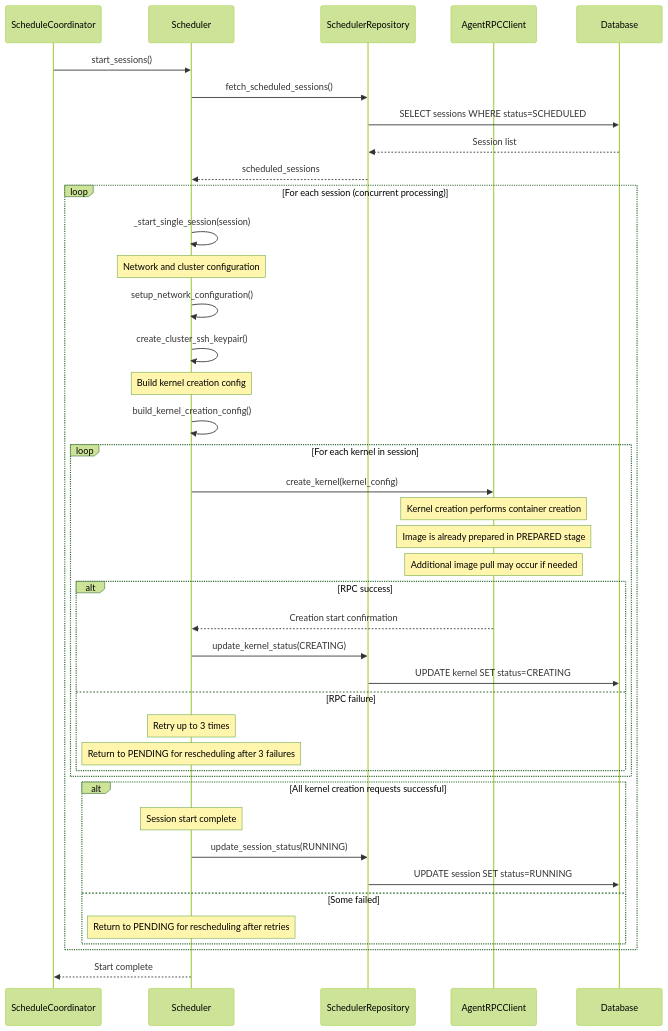
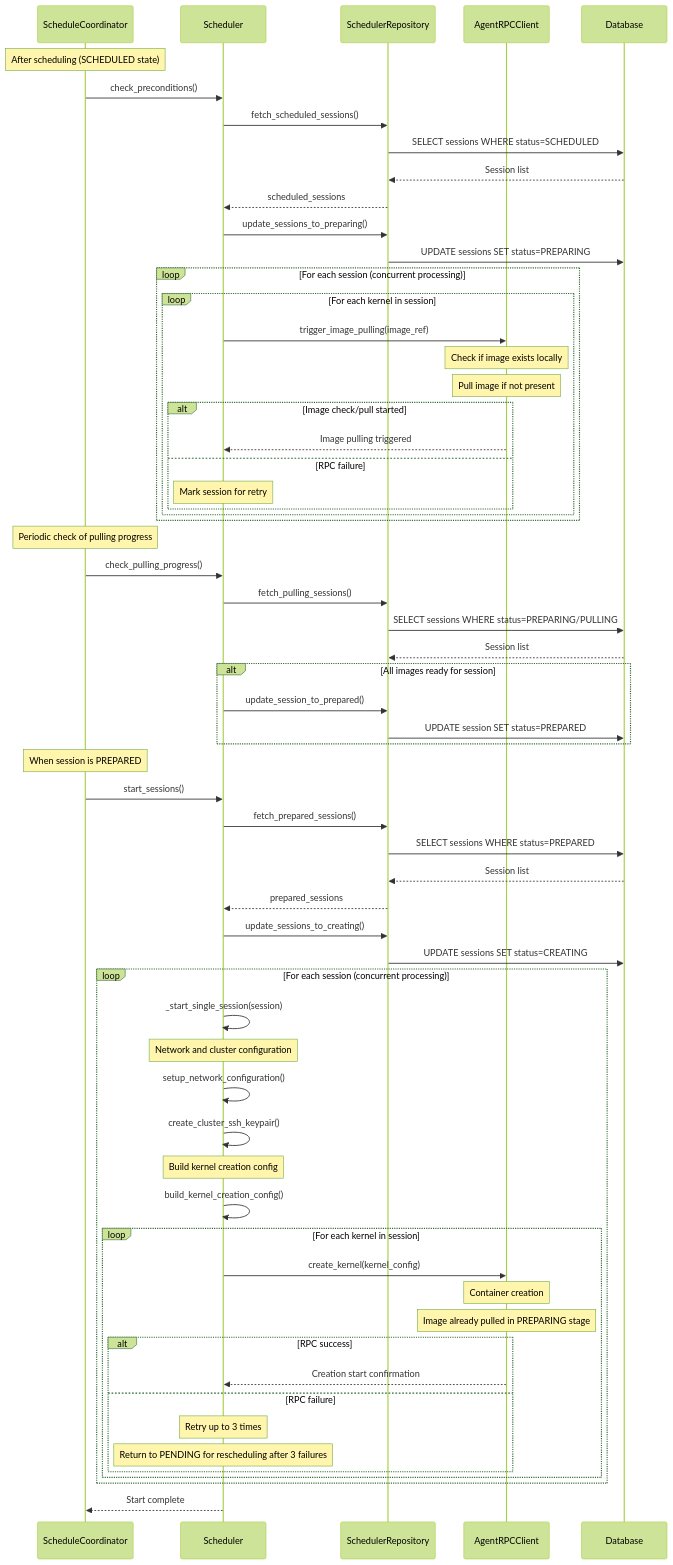
Before and after one commit to lablup/backend.ai: the second of 3 diagrams in src/ai/backend/manager/sokovan/scheduler/README.md, drawn with Mermaid (forest theme). The commit also changed other lines of this file and 9 other files, not shown here.

```diff
--- a/src/ai/backend/manager/sokovan/scheduler/README.md
+++ b/src/ai/backend/manager/sokovan/scheduler/README.md
@@ -242,12 +242,55 @@
     participant Agent as AgentRPCClient
     participant DB as Database
 
-    Coord->>Sched: start_sessions()
+    Note over Coord: After scheduling (SCHEDULED state)
 
+    Coord->>Sched: check_preconditions()
     Sched->>Repo: fetch_scheduled_sessions()
     Repo->>DB: SELECT sessions WHERE status=SCHEDULED
     DB-->>Repo: Session list
     Repo-->>Sched: scheduled_sessions
+
+    Sched->>Repo: update_sessions_to_preparing()
+    Repo->>DB: UPDATE sessions SET status=PREPARING
+
+    loop For each session (concurrent processing)
+        loop For each kernel in session
+            Sched->>Agent: trigger_image_pulling(image_ref)
+
+            Note over Agent: Check if image exists locally
+            Note over Agent: Pull image if not present
+
+            alt Image check/pull started
+                Agent-->>Sched: Image pulling triggered
+            else RPC failure
+                Note over Sched: Mark session for retry
+            end
+        end
+    end
+
+    Note over Coord: Periodic check of pulling progress
+
+    Coord->>Sched: check_pulling_progress()
+    Sched->>Repo: fetch_pulling_sessions()
+    Repo->>DB: SELECT sessions WHERE status=PREPARING/PULLING
+    DB-->>Repo: Session list
+
+    alt All images ready for session
+        Sched->>Repo: update_session_to_prepared()
+        Repo->>DB: UPDATE session SET status=PREPARED
+    end
+
+    Note over Coord: When session is PREPARED
+
+    Coord->>Sched: start_sessions()
+
+    Sched->>Repo: fetch_prepared_sessions()
+    Repo->>DB: SELECT sessions WHERE status=PREPARED
+    DB-->>Repo: Session list
+    Repo-->>Sched: prepared_sessions
+
+    Sched->>Repo: update_sessions_to_creating()
+    Repo->>DB: UPDATE sessions SET status=CREATING
 
     loop For each session (concurrent processing)
         Sched->>Sched: _start_single_session(session)
@@ -262,27 +305,16 @@
         loop For each kernel in session
             Sched->>Agent: create_kernel(kernel_config)
 
-            Note over Agent: Kernel creation performs container creation
-            Note over Agent: Image is already prepared in PREPARED stage
-            Note over Agent: Additional image pull may occur if needed
+            Note over Agent: Container creation
+            Note over Agent: Image already pulled in PREPARING stage
 
             alt RPC success
                 Agent-->>Sched: Creation start confirmation
-                Sched->>Repo: update_kernel_status(CREATING)
-                Repo->>DB: UPDATE kernel SET status=CREATING
             else RPC failure
                 Note over Sched: Retry up to 3 times
                 Note over Sched: Return to PENDING for rescheduling after 3 failures
             end
         end
-
-        alt All kernel creation requests successful
-            Note over Sched: Session start complete
-            Sched->>Repo: update_session_status(RUNNING)
-            Repo->>DB: UPDATE session SET status=RUNNING
-        else Some failed
-            Note over Sched: Return to PENDING for rescheduling after retries
-        end
     end
 
     Sched-->>Coord: Start complete
```
